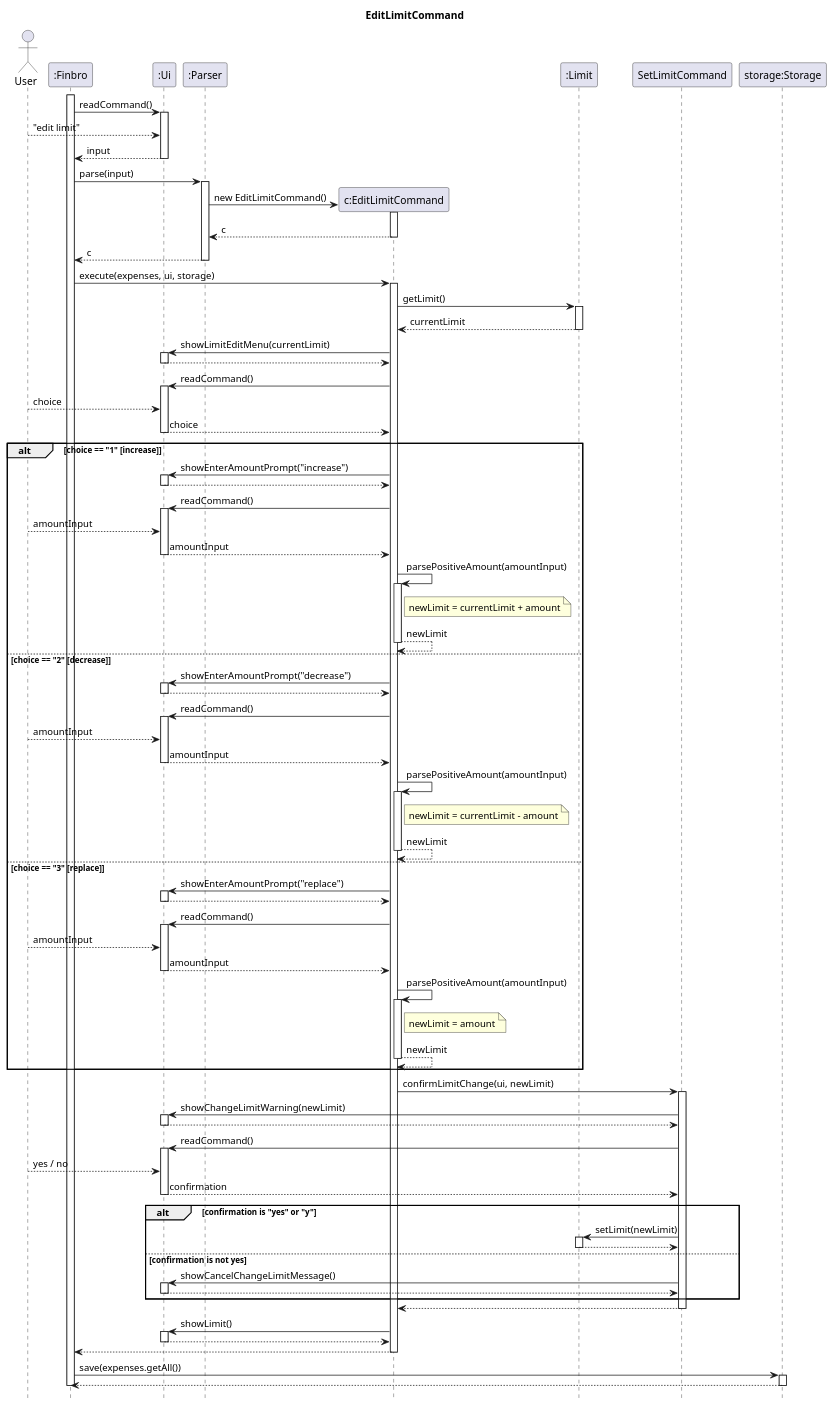
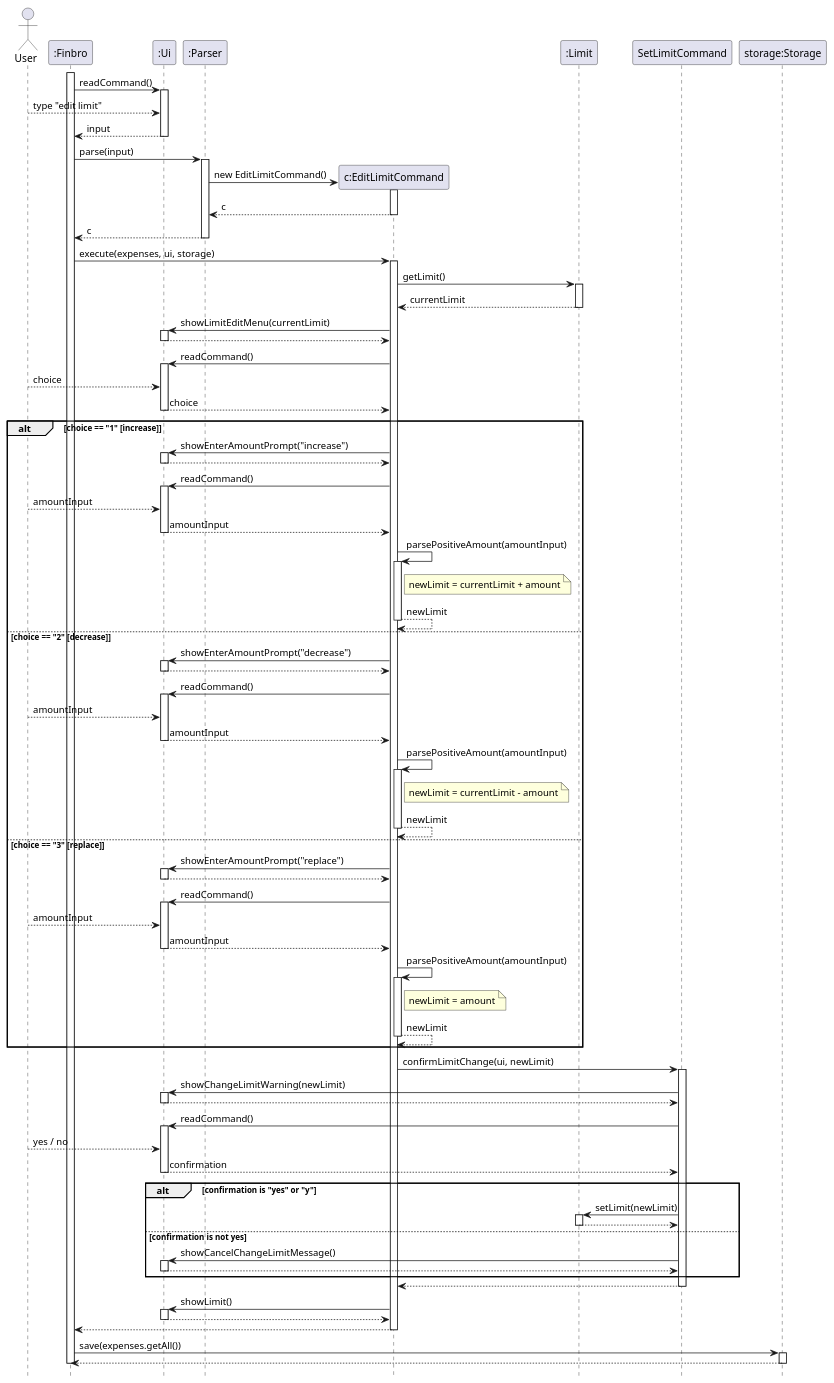
One commit to zihaoalt/tp changed the diagram in docs/UML_diagrams/EditLimit.puml. Above: the diagram before and after it, drawn with PlantUML. The commit also changed 11 other files, not shown here.

Commit message:
Standardize UML diagrams

```diff
--- a/docs/UML_diagrams/EditLimit.puml
+++ b/docs/UML_diagrams/EditLimit.puml
@@ -1,150 +1,149 @@
 @startuml
-title EditLimitCommand
 hide footbox
 
 actor User
 
 participant ":Finbro" as Finbro
 participant ":Ui" as Ui
 participant ":Parser" as Parser
 participant "c:EditLimitCommand" as EditLimitCommand
 participant ":Limit" as Limit
 participant "SetLimitCommand" as SetLimitCommand
 participant "storage:Storage" as Storage
 
 activate Finbro
 
 Finbro -> Ui : readCommand()
 activate Ui
-User --> Ui : "edit limit"
+User --> Ui : type "edit limit"
 Ui --> Finbro : input
 deactivate Ui
 
 Finbro -> Parser : parse(input)
 activate Parser
 create EditLimitCommand
 Parser -> EditLimitCommand : new EditLimitCommand()
 activate EditLimitCommand
 EditLimitCommand --> Parser : c
 deactivate EditLimitCommand
 Parser --> Finbro : c
 deactivate Parser
 
 Finbro -> EditLimitCommand : execute(expenses, ui, storage)
 activate EditLimitCommand
 
 EditLimitCommand -> Limit : getLimit()
 activate Limit
 Limit --> EditLimitCommand : currentLimit
 deactivate Limit
 
 EditLimitCommand -> Ui : showLimitEditMenu(currentLimit)
 activate Ui
 Ui --> EditLimitCommand
 deactivate Ui
 
 EditLimitCommand -> Ui : readCommand()
 activate Ui
 User --> Ui : choice
 Ui --> EditLimitCommand : choice
 deactivate Ui
 
 alt choice == "1" [increase]
     EditLimitCommand -> Ui : showEnterAmountPrompt("increase")
     activate Ui
     Ui --> EditLimitCommand
     deactivate Ui
 
     EditLimitCommand -> Ui : readCommand()
     activate Ui
     User --> Ui : amountInput
     Ui --> EditLimitCommand : amountInput
     deactivate Ui
 
     EditLimitCommand -> EditLimitCommand++ : parsePositiveAmount(amountInput)
     note right of EditLimitCommand
       newLimit = currentLimit + amount
     end note
     return newLimit
 
 else choice == "2" [decrease]
     EditLimitCommand -> Ui : showEnterAmountPrompt("decrease")
     activate Ui
     Ui --> EditLimitCommand
     deactivate Ui
 
     EditLimitCommand -> Ui : readCommand()
     activate Ui
     User --> Ui : amountInput
     Ui --> EditLimitCommand : amountInput
     deactivate Ui
 
     EditLimitCommand -> EditLimitCommand++ : parsePositiveAmount(amountInput)
     note right of EditLimitCommand
       newLimit = currentLimit - amount
     end note
     return newLimit
 
 else choice == "3" [replace]
     EditLimitCommand -> Ui : showEnterAmountPrompt("replace")
     activate Ui
     Ui --> EditLimitCommand
     deactivate Ui
 
     EditLimitCommand -> Ui : readCommand()
     activate Ui
     User --> Ui : amountInput
     Ui --> EditLimitCommand : amountInput
     deactivate Ui
 
     EditLimitCommand -> EditLimitCommand++ : parsePositiveAmount(amountInput)
     note right of EditLimitCommand
       newLimit = amount
     end note
     return newLimit
 end
 
 EditLimitCommand -> SetLimitCommand : confirmLimitChange(ui, newLimit)
 activate SetLimitCommand
 
 SetLimitCommand -> Ui : showChangeLimitWarning(newLimit)
 activate Ui
 Ui --> SetLimitCommand
 deactivate Ui
 
 SetLimitCommand -> Ui : readCommand()
 activate Ui
 User --> Ui : yes / no
 Ui --> SetLimitCommand : confirmation
 deactivate Ui
 
 alt confirmation is "yes" or "y"
     SetLimitCommand -> Limit : setLimit(newLimit)
     activate Limit
     Limit --> SetLimitCommand
     deactivate Limit
 else confirmation is not yes
     SetLimitCommand -> Ui : showCancelChangeLimitMessage()
     activate Ui
     Ui --> SetLimitCommand
     deactivate Ui
 end
 
 SetLimitCommand --> EditLimitCommand
 deactivate SetLimitCommand
 
 EditLimitCommand -> Ui : showLimit()
 activate Ui
 Ui --> EditLimitCommand
 deactivate Ui
 
 EditLimitCommand --> Finbro
 deactivate EditLimitCommand
 
 Finbro -> Storage : save(expenses.getAll())
 activate Storage
 Storage --> Finbro
 deactivate Storage
 
 deactivate Finbro
 @enduml
```
